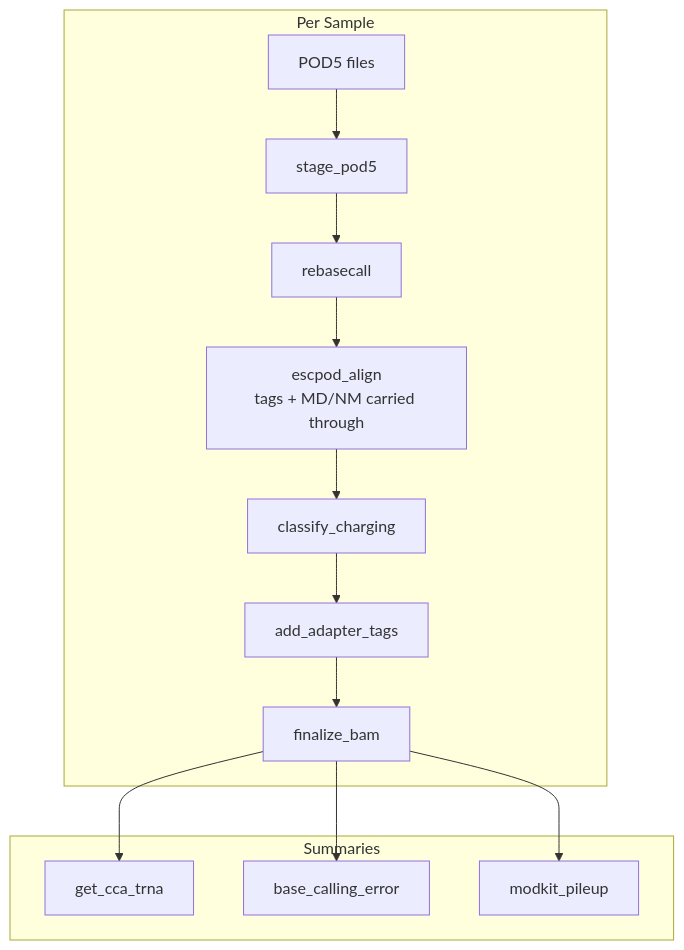
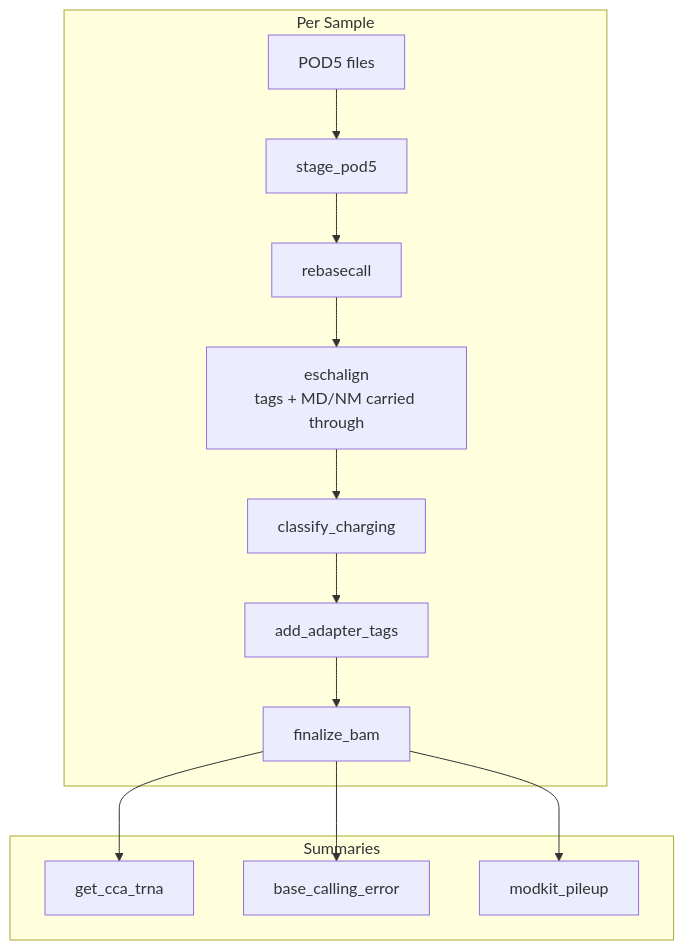
Before and after one commit to rnabioco/aa-tRNA-seq-pipeline: the third of 4 diagrams in docs/development/architecture.md, drawn with Mermaid. The commit also changed other lines of this file and 37 other files, not shown here.

First line of the commit message:
feat(align): migrate alignment from escpod align to eschalign (#203)

````diff
--- a/docs/development/architecture.md
+++ b/docs/development/architecture.md
@@ -173,17 +173,17 @@
 ```mermaid
 flowchart TD
     subgraph Per Sample
         A[POD5 files] --> B[stage_pod5]
         B --> C[rebasecall]
-        C --> E[escpod_align<br/>tags + MD/NM carried through]
+        C --> E[eschalign<br/>tags + MD/NM carried through]
         E --> F[classify_charging]
         F --> G2[add_adapter_tags]
         G2 --> G[finalize_bam]
     end
 
     subgraph Summaries
         G --> H[get_cca_trna]
         G --> I[base_calling_error]
         G --> J[modkit_pileup]
     end
 ```
````
